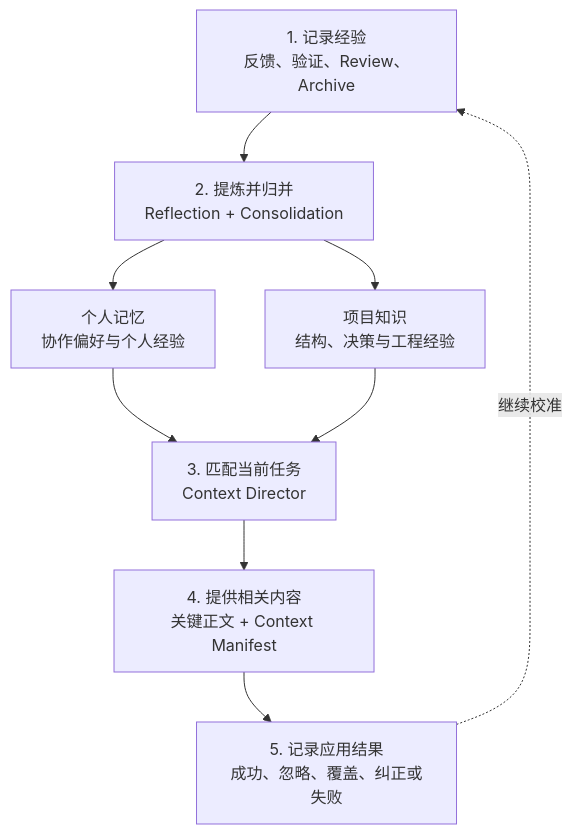
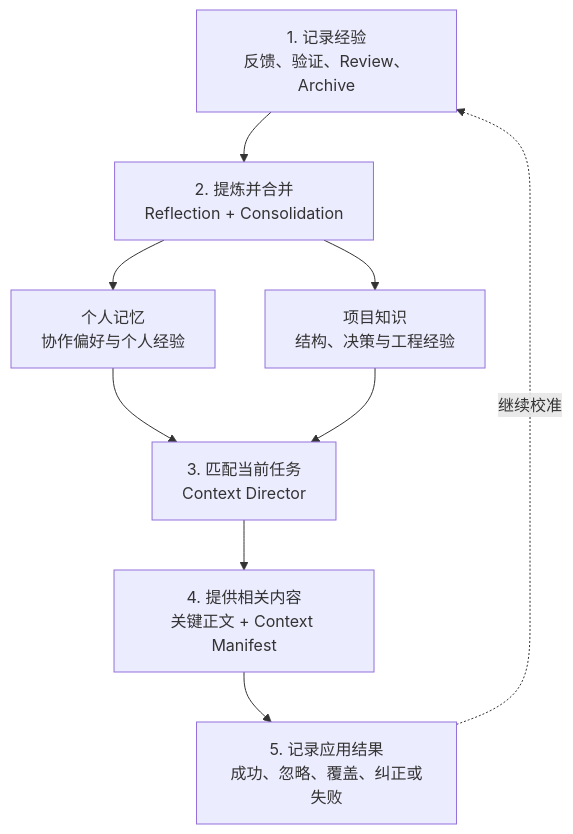
Before and after one commit to rpamis/comet-website-docs: the diagram in zh/plugins/agent-learning-loop.mdx, drawn with Mermaid. The commit also changed other lines of this file and 102 other files, not shown here.

````diff
--- a/zh/plugins/agent-learning-loop.mdx
+++ b/zh/plugins/agent-learning-loop.mdx
@@ -65,11 +65,11 @@
 ```mermaid
 flowchart TD
-  E["1. 记录经验<br/>反馈、验证、Review、Archive"] --> R["2. 提炼并归并<br/>Reflection + Consolidation"]
+  E["1. 记录经验<br/>反馈、验证、Review、Archive"] --> R["2. 提炼并合并<br/>Reflection + Consolidation"]
   R --> M["个人记忆<br/>协作偏好与个人经验"]
   R --> K["项目知识<br/>结构、决策与工程经验"]
   M --> D["3. 匹配当前任务<br/>Context Director"]
   K --> D
   D --> A["4. 提供相关内容<br/>关键正文 + Context Manifest"]
   A --> F["5. 记录应用结果<br/>成功、忽略、覆盖、纠正或失败"]
   F -. 继续校准 .-> E
 ```
````
